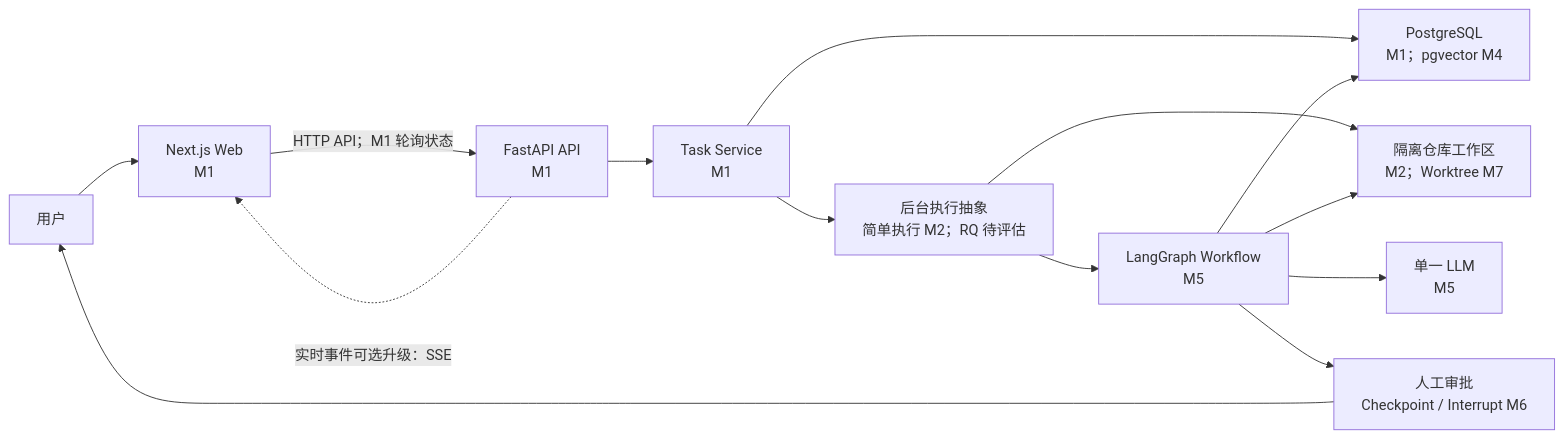
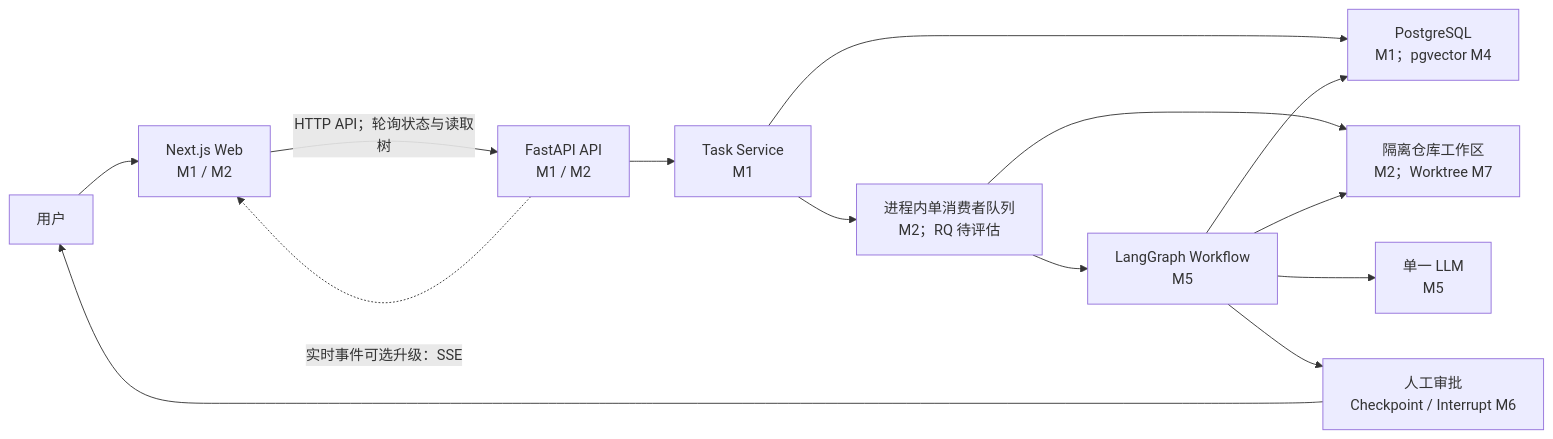
Before and after one commit to guiwenhui/IssuePilot: the first of 2 diagrams in docs/architecture.md, drawn with Mermaid. The commit also changed other lines of this file and 51 other files, not shown here.

````diff
--- a/docs/architecture.md
+++ b/docs/architecture.md
@@ -9,16 +9,16 @@
 ```mermaid
 flowchart LR
-    User["用户"] --> Web["Next.js Web\nM1"]
-    Web -->|"HTTP API；M1 轮询状态"| API["FastAPI API\nM1"]
+    User["用户"] --> Web["Next.js Web\nM1 / M2"]
+    Web -->|"HTTP API；轮询状态与读取树"| API["FastAPI API\nM1 / M2"]
     API --> Service["Task Service\nM1"]
     Service --> DB["PostgreSQL\nM1；pgvector M4"]
-    Service --> Worker["后台执行抽象\n简单执行 M2；RQ 待评估"]
+    Service --> Worker["进程内单消费者队列\nM2；RQ 待评估"]
     Worker --> Repo["隔离仓库工作区\nM2；Worktree M7"]
     Worker --> Graph["LangGraph Workflow\nM5"]
     Graph --> Model["单一 LLM\nM5"]
     Graph --> DB
     Graph --> Repo
     Graph --> Approval["人工审批\nCheckpoint / Interrupt M6"]
     Approval --> User
     API -.->|"实时事件可选升级：SSE"| Web
 ```
````
